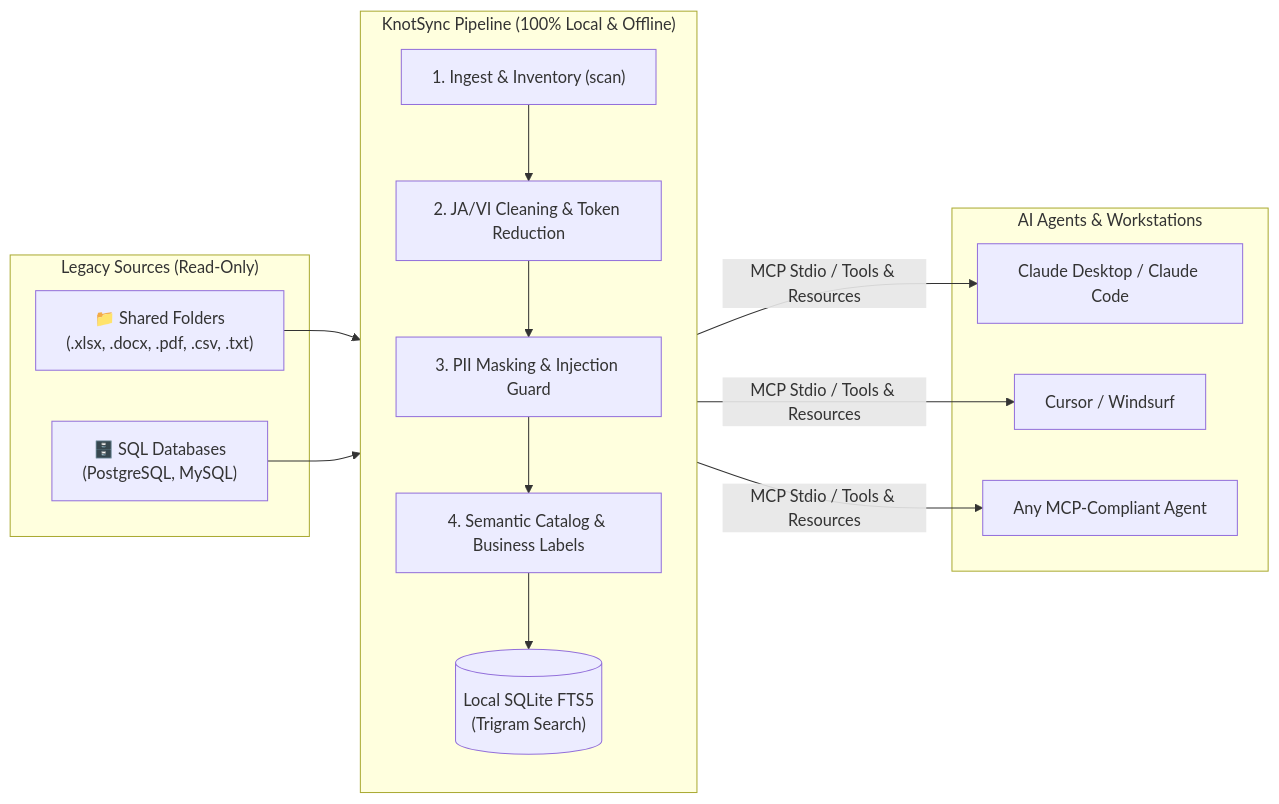
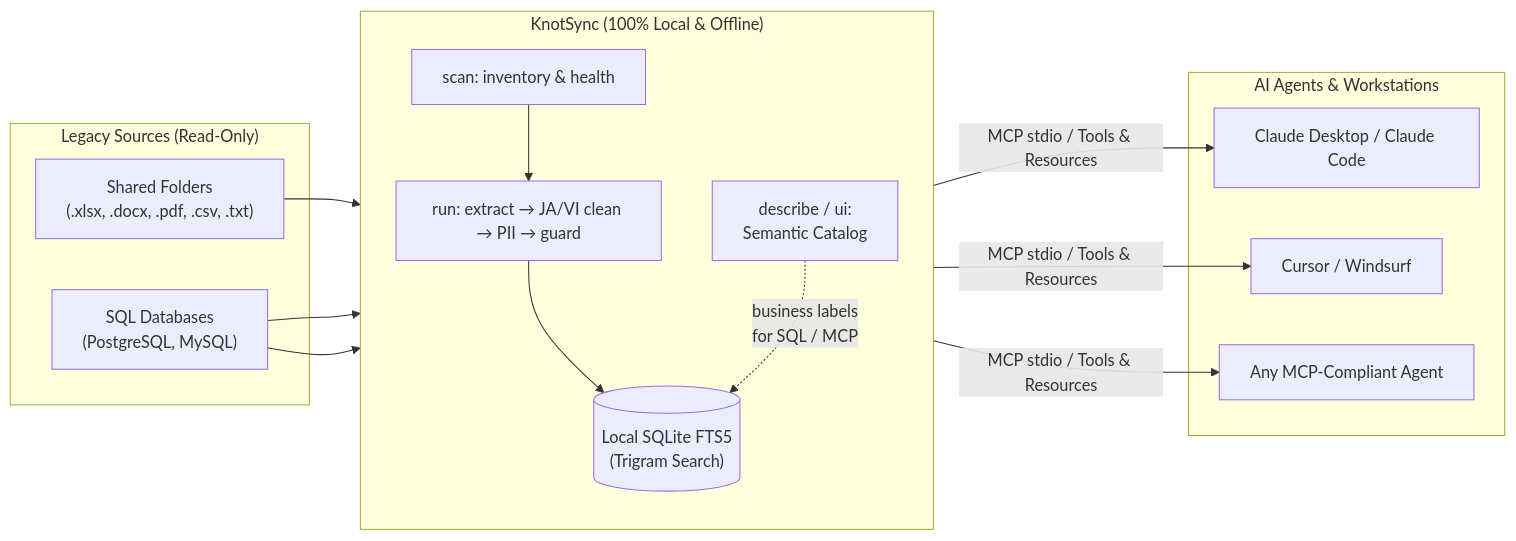
Before and after one commit to hoanghainh1188/knot-sync: the diagram in README.md, drawn with Mermaid. The commit also changed other lines of this file and 2 other files, not shown here.

Commit message:
docs: align README and roadmap with shipped 0.1.1 and v0.3 scope (#20)
Drop unverified token claims, clarify catalog vs run flow, and split open-core HTTP API-key MCP from paid OAuth.

````diff
--- a/README.md
+++ b/README.md
@@ -31,30 +31,31 @@
 ```mermaid
 flowchart LR
     subgraph Sources["Legacy Sources (Read-Only)"]
-        FS["📁 Shared Folders<br/>(.xlsx, .docx, .pdf, .csv, .txt)"]
-        DB["🗄️ SQL Databases<br/>(PostgreSQL, MySQL)"]
+        FS["Shared Folders<br/>(.xlsx, .docx, .pdf, .csv, .txt)"]
+        DB["SQL Databases<br/>(PostgreSQL, MySQL)"]
     end
 
-    subgraph KnotSync["KnotSync Pipeline (100% Local & Offline)"]
+    subgraph KnotSync["KnotSync (100% Local & Offline)"]
         direction TB
-        Ingest["1. Ingest & Inventory (scan)"]
-        Clean["2. JA/VI Cleaning & Token Reduction"]
-        Shield["3. PII Masking & Injection Guard"]
-        Catalog["4. Semantic Catalog & Business Labels"]
+        Scan["scan: inventory & health"]
+        Run["run: extract → JA/VI clean → PII → guard"]
         Store[("Local SQLite FTS5<br/>(Trigram Search)")]
-        
-        Ingest --> Clean --> Shield --> Catalog --> Store
+        Catalog["describe / ui:<br/>Semantic Catalog"]
+
+        Scan --> Run --> Store
+        Catalog -.->|"business labels<br/>for SQL / MCP"| Store
     end
 
     subgraph Agents["AI Agents & Workstations"]
         Claude["Claude Desktop / Claude Code"]
         Cursor["Cursor / Windsurf"]
         Custom["Any MCP-Compliant Agent"]
     end
 
-    FS --> Ingest
-    DB --> Ingest
-    Store -->|"MCP Stdio / Tools & Resources"| Claude
-    Store -->|"MCP Stdio / Tools & Resources"| Cursor
-    Store -->|"MCP Stdio / Tools & Resources"| Custom
+    FS --> Scan
+    DB --> Scan
+    DB --> Catalog
+    Store -->|"MCP stdio / Tools & Resources"| Claude
+    Store -->|"MCP stdio / Tools & Resources"| Cursor
+    Store -->|"MCP stdio / Tools & Resources"| Custom
 ```
````
